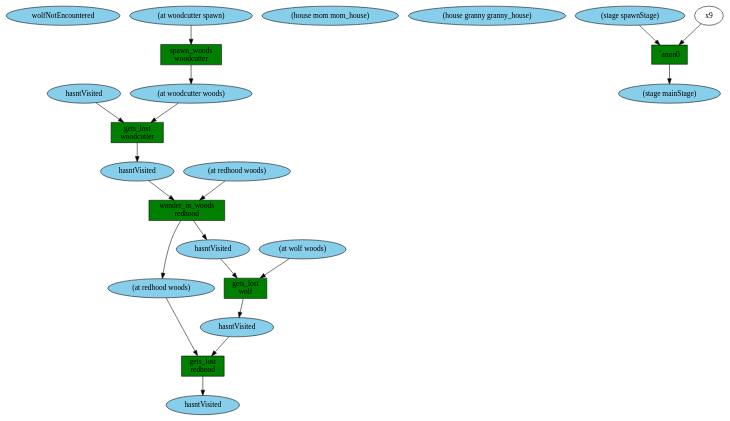
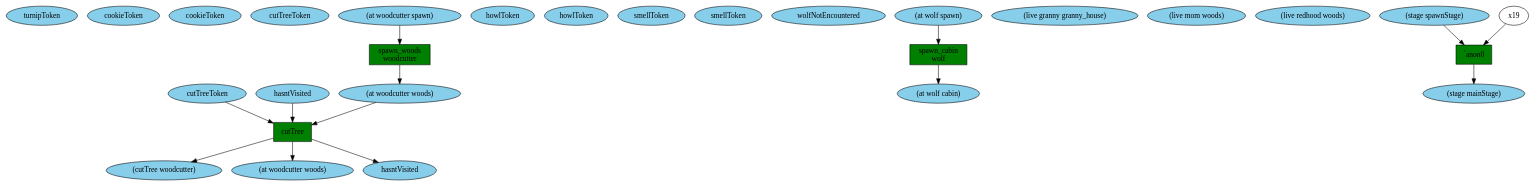
Before and after one commit to JulianDeclercq/Serious-Games-Thesis: the diagram in ThesisApplication/src/Thesis/resources/Ceptre/trace.dot, drawn with Graphviz. The commit also changed 63 other files, not shown here.

```diff
--- a/ThesisApplication/src/Thesis/resources/Ceptre/trace.dot
+++ b/ThesisApplication/src/Thesis/resources/Ceptre/trace.dot
@@ -1,41 +1,42 @@
 digraph {
+x16 [style=filled,fillcolor=skyblue,label="turnipToken"];
+x15 [style=filled,fillcolor=skyblue,label="cookieToken"];
+x14 [style=filled,fillcolor=skyblue,label="cookieToken"];
+x13 [style=filled,fillcolor=skyblue,label="cutTreeToken"];
+x12 [style=filled,fillcolor=skyblue,label="cutTreeToken"];
+x11 [style=filled,fillcolor=skyblue,label="howlToken"];
+x10 [style=filled,fillcolor=skyblue,label="howlToken"];
+x9 [style=filled,fillcolor=skyblue,label="smellToken"];
+x8 [style=filled,fillcolor=skyblue,label="smellToken"];
 x7 [style=filled,fillcolor=skyblue,label="wolfNotEncountered"];
 x6 [style=filled,fillcolor=skyblue,label="hasntVisited"];
-x5 [style=filled,fillcolor=skyblue,label="(house mom mom_house)"];
-x4 [style=filled,fillcolor=skyblue,label="(house granny granny_house)"];
-x3 [style=filled,fillcolor=skyblue,label="(at woodcutter spawn)"];
-x2 [style=filled,fillcolor=skyblue,label="(at wolf woods)"];
-x1 [style=filled,fillcolor=skyblue,label="(at redhood woods)"];
+x5 [style=filled,fillcolor=skyblue,label="(at wolf spawn)"];
+x4 [style=filled,fillcolor=skyblue,label="(at woodcutter spawn)"];
+x3 [style=filled,fillcolor=skyblue,label="(live granny granny_house)"];
+x2 [style=filled,fillcolor=skyblue,label="(live mom woods)"];
+x1 [style=filled,fillcolor=skyblue,label="(live redhood woods)"];
 x0 [style=filled,fillcolor=skyblue,label="(stage spawnStage)"];
-t0 [shape=box,style=filled,fillcolor=green,label="spawn_woods\nwoodcutter"];
-x8 [style=filled,fillcolor=skyblue,label="(at woodcutter woods)"];
-x3 -> t0;
-t0 -> x8;
-t1 [shape=box,style=filled,fillcolor=green,label="`anon0\n"];
-x10 [style=filled,fillcolor=skyblue,label="(stage mainStage)"];
-x0 -> t1;
-x9 -> t1;
-t1 -> x10;
-t2 [shape=box,style=filled,fillcolor=green,label="gets_lost\nwoodcutter"];
-x11 [style=filled,fillcolor=skyblue,label="hasntVisited"];
-x6 -> t2;
-x8 -> t2;
-t2 -> x11;
-t3 [shape=box,style=filled,fillcolor=green,label="wander_in_woods\nredhood"];
-x13 [style=filled,fillcolor=skyblue,label="(at redhood woods)"];
-x12 [style=filled,fillcolor=skyblue,label="hasntVisited"];
-x11 -> t3;
-x1 -> t3;
-t3 -> x13;
-t3 -> x12;
-t4 [shape=box,style=filled,fillcolor=green,label="gets_lost\nwolf"];
-x14 [style=filled,fillcolor=skyblue,label="hasntVisited"];
-x12 -> t4;
-x2 -> t4;
-t4 -> x14;
-t5 [shape=box,style=filled,fillcolor=green,label="gets_lost\nredhood"];
-x15 [style=filled,fillcolor=skyblue,label="hasntVisited"];
-x14 -> t5;
-x13 -> t5;
-t5 -> x15;
+t0 [shape=box,style=filled,fillcolor=green,label="spawn_cabin\nwolf"];
+x17 [style=filled,fillcolor=skyblue,label="(at wolf cabin)"];
+x5 -> t0;
+t0 -> x17;
+t1 [shape=box,style=filled,fillcolor=green,label="spawn_woods\nwoodcutter"];
+x18 [style=filled,fillcolor=skyblue,label="(at woodcutter woods)"];
+x4 -> t1;
+t1 -> x18;
+t2 [shape=box,style=filled,fillcolor=green,label="`anon0\n"];
+x20 [style=filled,fillcolor=skyblue,label="(stage mainStage)"];
+x0 -> t2;
+x19 -> t2;
+t2 -> x20;
+t3 [shape=box,style=filled,fillcolor=green,label="cutTree\n"];
+x23 [style=filled,fillcolor=skyblue,label="(cutTree woodcutter)"];
+x22 [style=filled,fillcolor=skyblue,label="(at woodcutter woods)"];
+x21 [style=filled,fillcolor=skyblue,label="hasntVisited"];
+x6 -> t3;
+x18 -> t3;
+x12 -> t3;
+t3 -> x23;
+t3 -> x22;
+t3 -> x21;
 }
```
